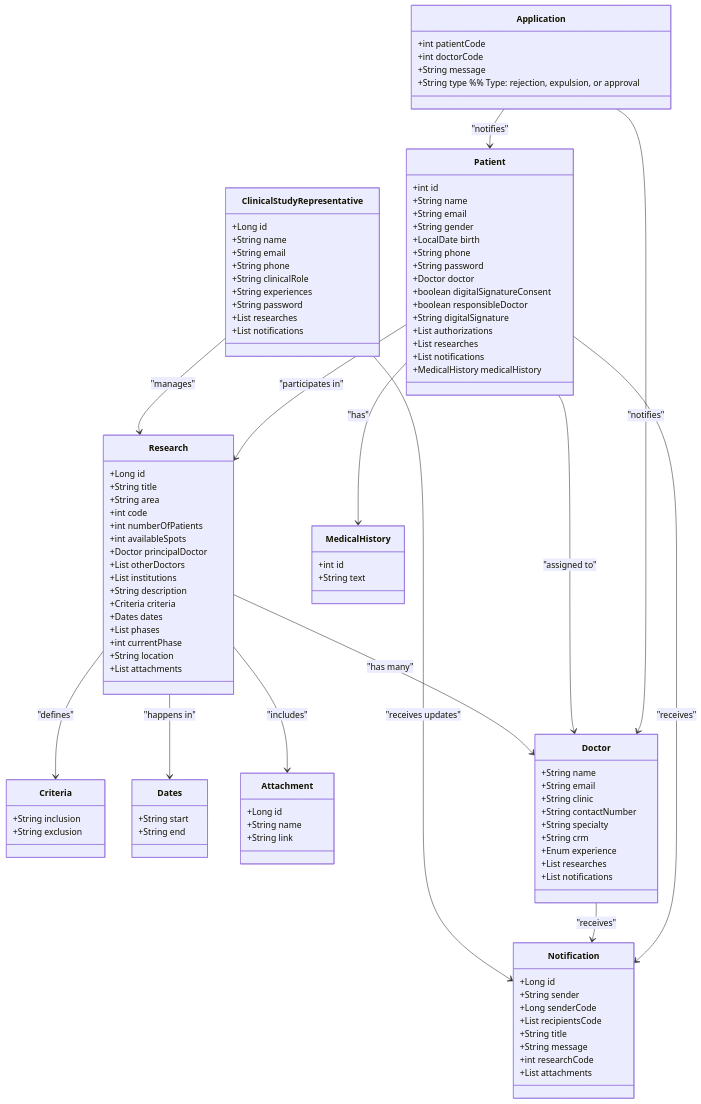
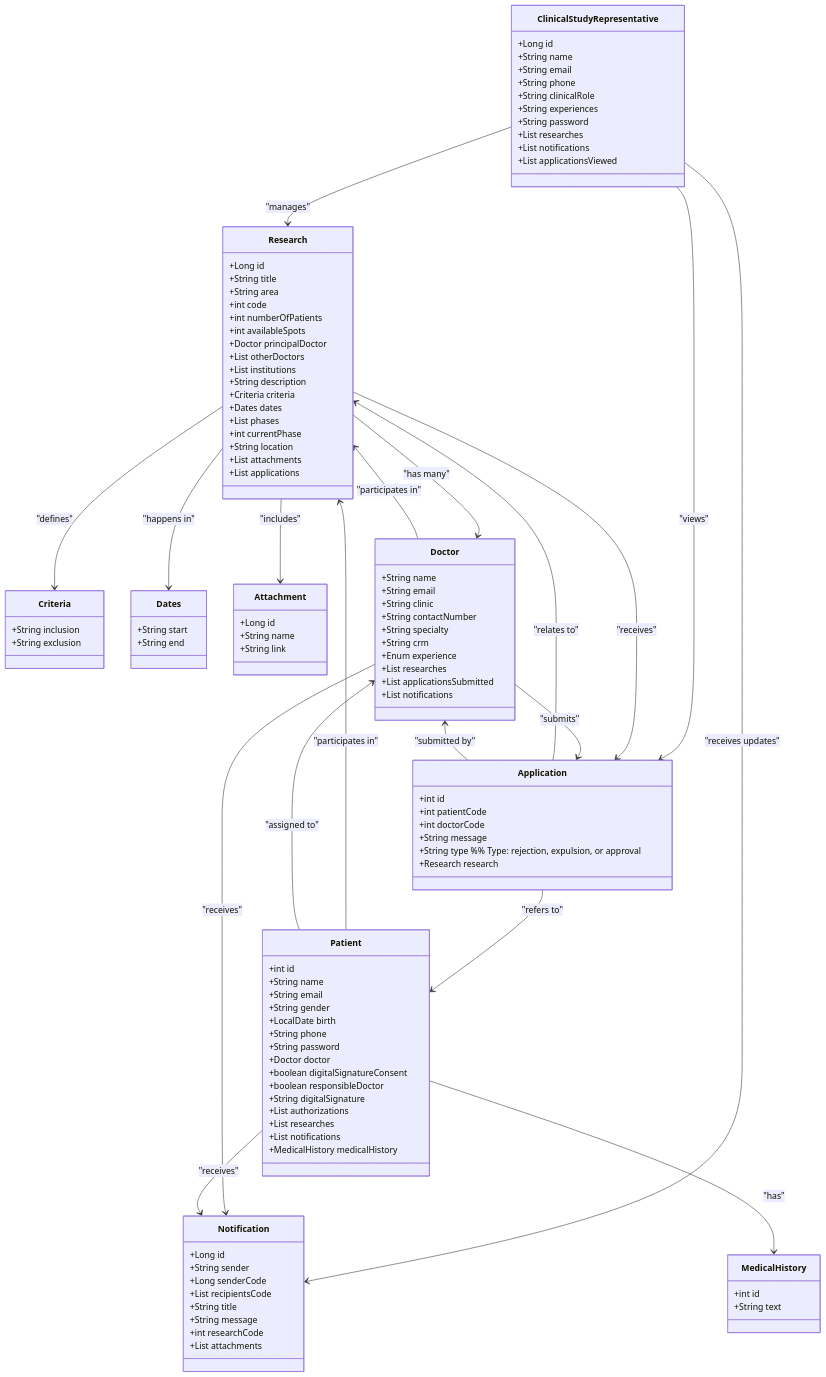
Before and after one commit to andrefilipe1310/inovamed-: the fourth of 17 diagrams in README.md, drawn with Mermaid.

````diff
--- a/README.md
+++ b/README.md
@@ -191,6 +191,7 @@
         +String password
         +List<Research> researches
         +List<Notification> notifications
+        +List<Application> applicationsViewed
     }
 
     class Research {
@@ -210,6 +211,7 @@
         +int currentPhase
         +String location
         +List<Attachment> attachments
+        +List<Application> applications
     }
 
     class Criteria {
@@ -263,10 +265,12 @@
     }
 
     class Application {
+        +int id
         +int patientCode
         +int doctorCode
         +String message
         +String type  %% Type: rejection, expulsion, or approval
+        +Research research
     }
 
     class Doctor {
@@ -278,22 +282,28 @@
         +String crm
         +Enum experience
         +List<Research> researches
+        +List<Application> applicationsSubmitted
         +List<Notification> notifications
     }
 
     %% Relations
     ClinicalStudyRepresentative --> Research : "manages"
     ClinicalStudyRepresentative --> Notification : "receives updates"
+    ClinicalStudyRepresentative --> Application : "views"
     Research --> Criteria : "defines"
     Research --> Dates : "happens in"
     Research --> Doctor : "has many"
     Research --> Attachment : "includes"
+    Research --> Application : "receives"
+    Doctor --> Application : "submits"
+    Doctor --> Research : "participates in"
     Doctor --> Notification : "receives"
     Patient --> Research : "participates in"
     Patient --> Notification : "receives"
     Patient --> MedicalHistory : "has"
     Patient --> Doctor : "assigned to"
-    Application --> Doctor : "notifies"
-    Application --> Patient : "notifies"
+    Application --> Patient : "refers to"
+    Application --> Research : "relates to"
+    Application --> Doctor : "submitted by"
 
 ```
````
